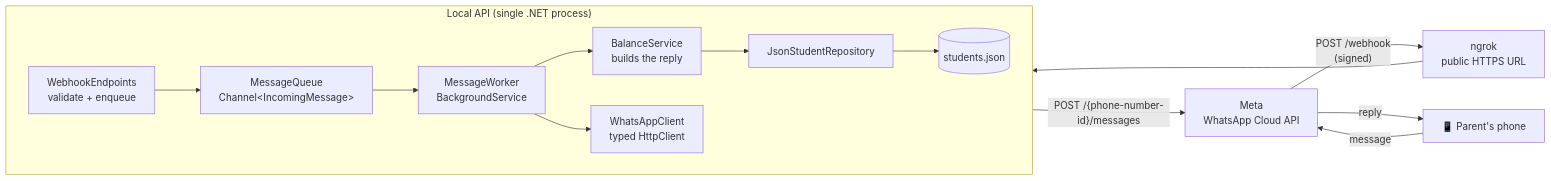
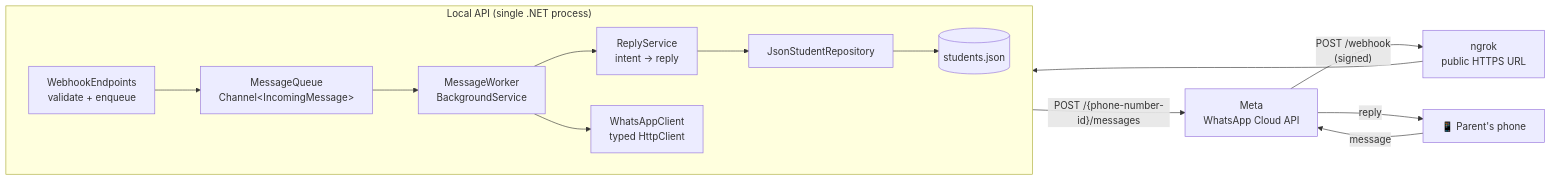
The first of 4 diagrams in docs/architecture.md (juancitowillyr46/academy-whatsapp-bot), drawn with Mermaid before and after one commit. The commit also changed other lines of this file and 11 other files, not shown here.

First line of the commit message:
Separate intent classification from reply building

````diff
--- a/docs/architecture.md
+++ b/docs/architecture.md
@@ -7,19 +7,19 @@
 ```mermaid
 flowchart LR
     Phone["📱 Parent's phone"] -- message --> Meta["Meta<br/>WhatsApp Cloud API"]
     Meta -- "POST /webhook<br/>(signed)" --> Ngrok["ngrok<br/>public HTTPS URL"]
     Ngrok --> Api
 
     subgraph Api["Local API (single .NET process)"]
         direction LR
         Webhook["WebhookEndpoints<br/>validate + enqueue"] --> Queue["MessageQueue<br/>Channel&lt;IncomingMessage&gt;"]
         Queue --> Worker["MessageWorker<br/>BackgroundService"]
-        Worker --> Balance["BalanceService<br/>builds the reply"]
+        Worker --> Balance["ReplyService<br/>intent → reply"]
         Balance --> Repo["JsonStudentRepository"]
         Repo --> Json[("students.json")]
         Worker --> Client["WhatsAppClient<br/>typed HttpClient"]
     end
 
     Client -- "POST /{phone-number-id}/messages" --> Meta
     Meta -- reply --> Phone
 ```
````
